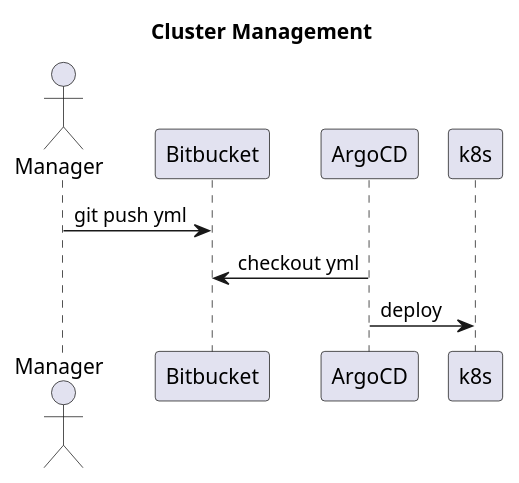
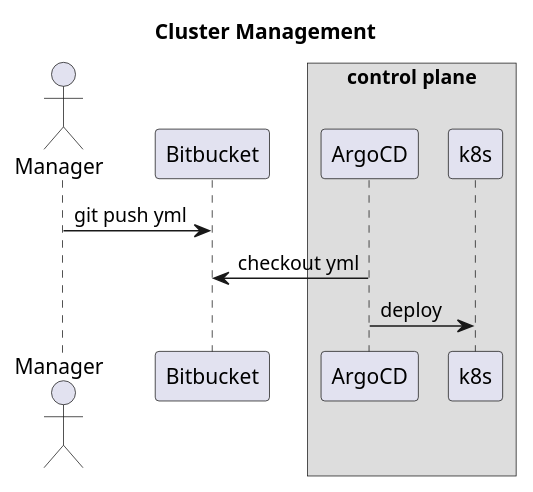
Before and after one commit to kloudbank/htdp1.github.io: the third of 10 diagrams in docs/src/multi-cloud/diagram.md, drawn with PlantUML. The commit also changed other lines of this file, not shown here.

Commit message:
modify diagram

```diff
--- a/docs/src/multi-cloud/diagram.md
+++ b/docs/src/multi-cloud/diagram.md
@@ -137,17 +96,19 @@
 @startuml
 
 scale 1
 skinparam ParticipantPadding 5
 skinparam BoxPadding 5
 title "Cluster Management"
 
 Actor Manager
 participant Bitbucket
-participant ArgoCD
-participant k8s
+box "control plane"
+    participant ArgoCD
+    participant k8s
+end box
 
 Manager -> Bitbucket : git push yml
 ArgoCD -> Bitbucket : checkout yml
 ArgoCD -> k8s : deploy
 
 @enduml
```
